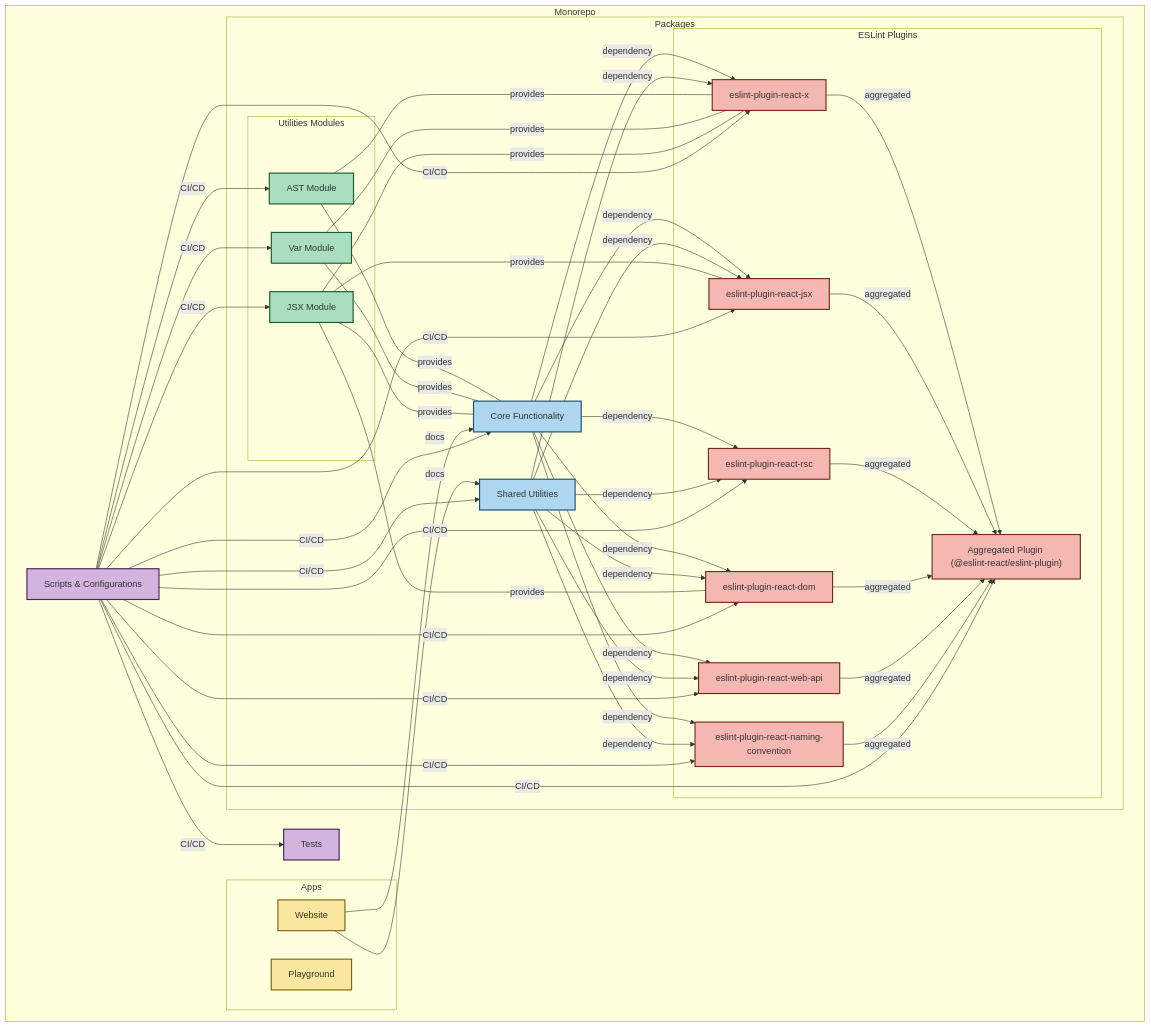
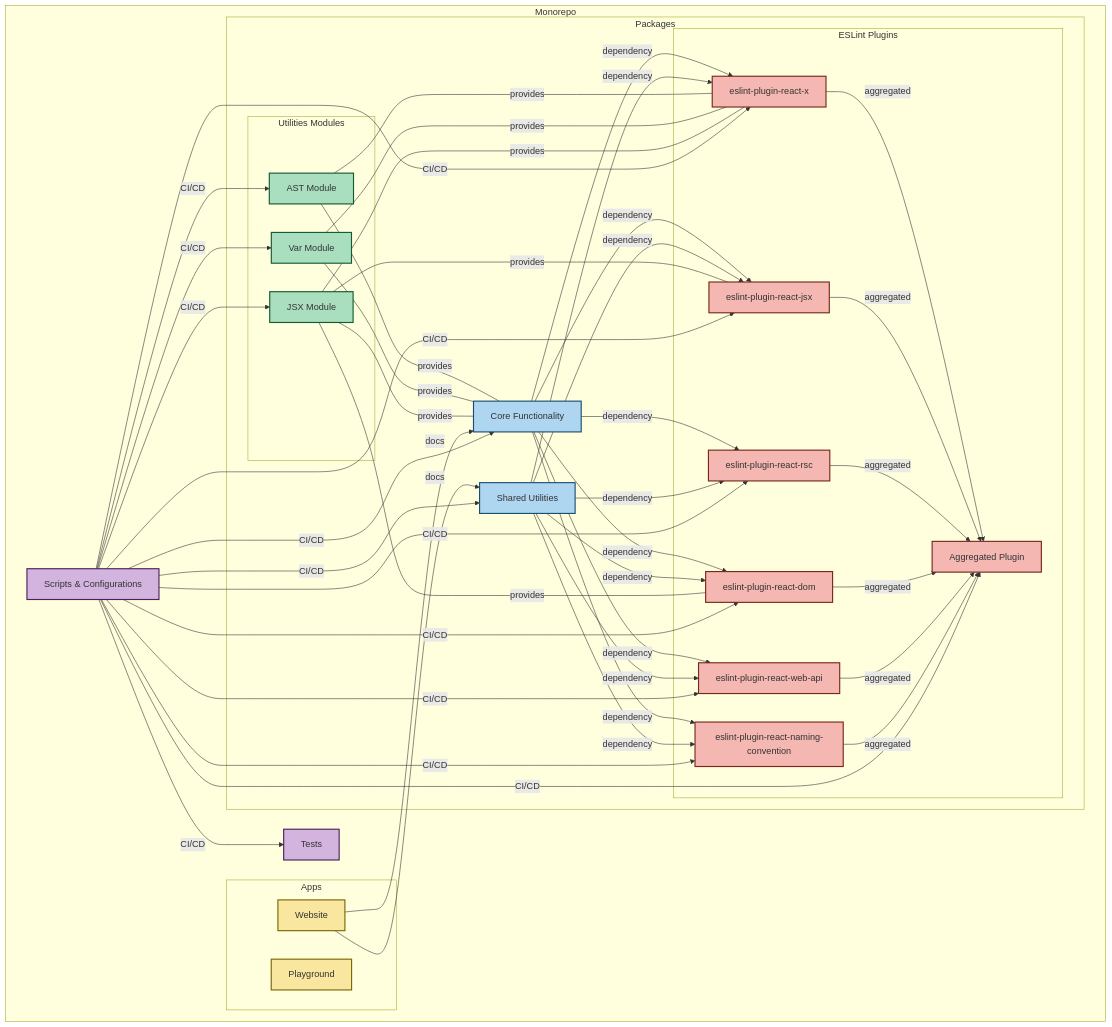
One commit to Rel1cx/eslint-react changed the diagram in apps/website/content/docs/contributing.mdx. Above: the diagram before and after it, drawn with Mermaid.

Commit message:
Update flowchart label for Aggregated Plugin

```diff
--- a/apps/website/content/docs/contributing.mdx
+++ b/apps/website/content/docs/contributing.mdx
@@ -40,7 +40,7 @@
                 ReactDOM["eslint-plugin-react-dom"]:::plugins
                 ReactWebAPI["eslint-plugin-react-web-api"]:::plugins
                 ReactNamingConvention["eslint-plugin-react-naming-convention"]:::plugins
-                ReactAggregated["Aggregated Plugin (@eslint-react/eslint-plugin)"]:::plugins
+                ReactAggregated["Aggregated Plugin"]:::plugins
             end
         end
 
```
